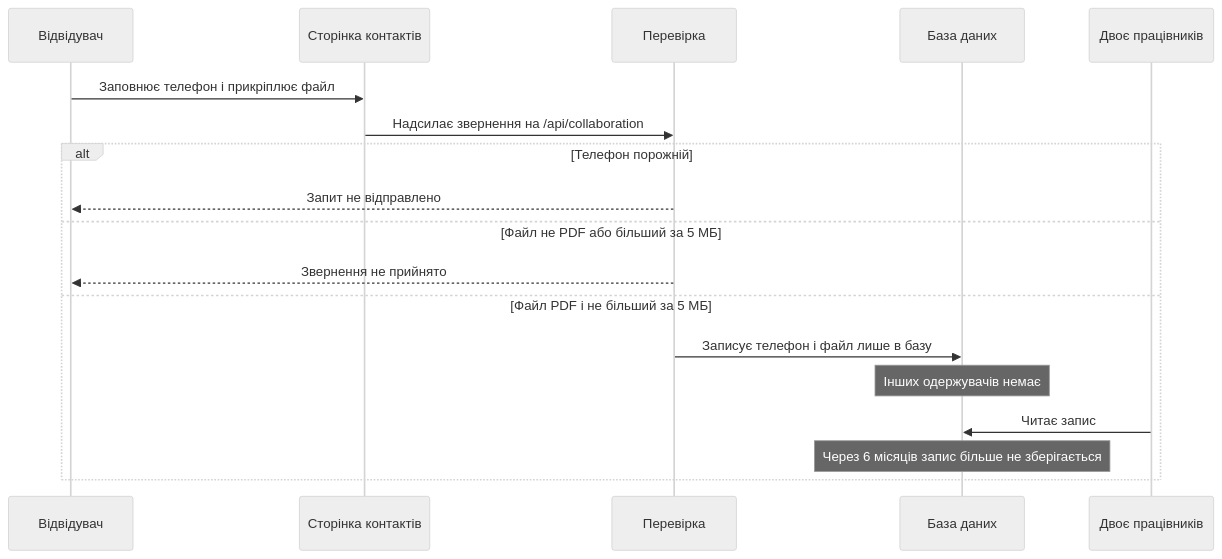
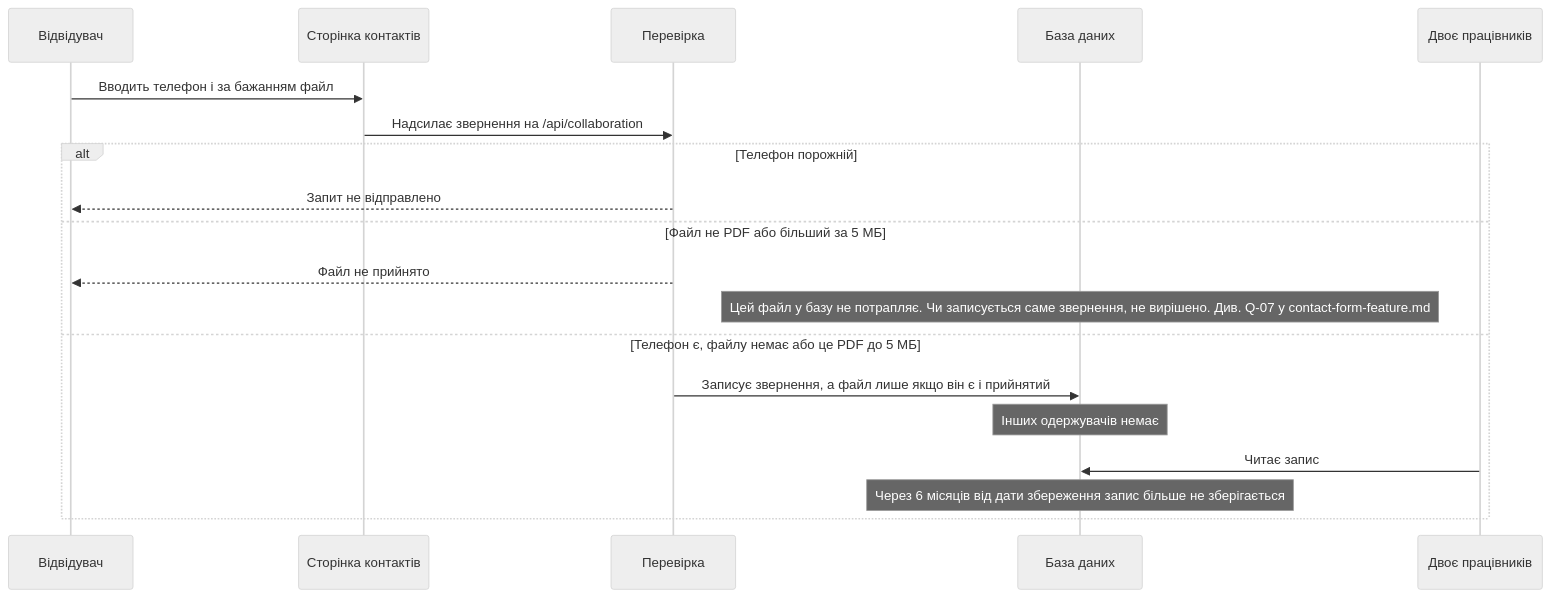
One commit to moskvaolena04-jpg/sdd-workshop-olena changed the diagram in docs/contact-us-feature.md. Above: the diagram before and after it, drawn with Mermaid (neutral theme). The commit also changed other lines of this file and 1 other file, not shown here.

Commit message:
docs: add contact form feature analysis (day 2)

````diff
--- a/docs/contact-us-feature.md
+++ b/docs/contact-us-feature.md
@@ -23,21 +25,22 @@
 ```mermaid
 sequenceDiagram
   participant Visitor as Відвідувач
   participant Form as Сторінка контактів
   participant Check as Перевірка
   participant DB as База даних
   participant Staff as Двоє працівників
 
-  Visitor->>Form: Заповнює телефон і прикріплює файл
+  Visitor->>Form: Вводить телефон і за бажанням файл
   Form->>Check: Надсилає звернення на /api/collaboration
   alt Телефон порожній
     Check-->>Visitor: Запит не відправлено
   else Файл не PDF або більший за 5 МБ
-    Check-->>Visitor: Звернення не прийнято
-  else Файл PDF і не більший за 5 МБ
-    Check->>DB: Записує телефон і файл лише в базу
+    Check-->>Visitor: Файл не прийнято
+    Note over DB: Цей файл у базу не потрапляє. Чи записується саме звернення, не вирішено. Див. Q-07 у contact-form-feature.md
+  else Телефон є, файлу немає або це PDF до 5 МБ
+    Check->>DB: Записує звернення, а файл лише якщо він є і прийнятий
     Note over DB: Інших одержувачів немає
     Staff->>DB: Читає запис
-    Note over DB: Через 6 місяців запис більше не зберігається
+    Note over DB: Через 6 місяців від дати збереження запис більше не зберігається
   end
 ```
````
